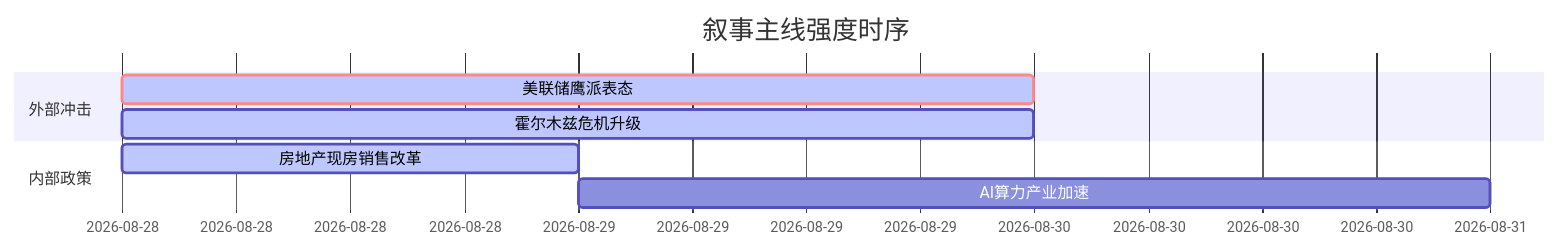
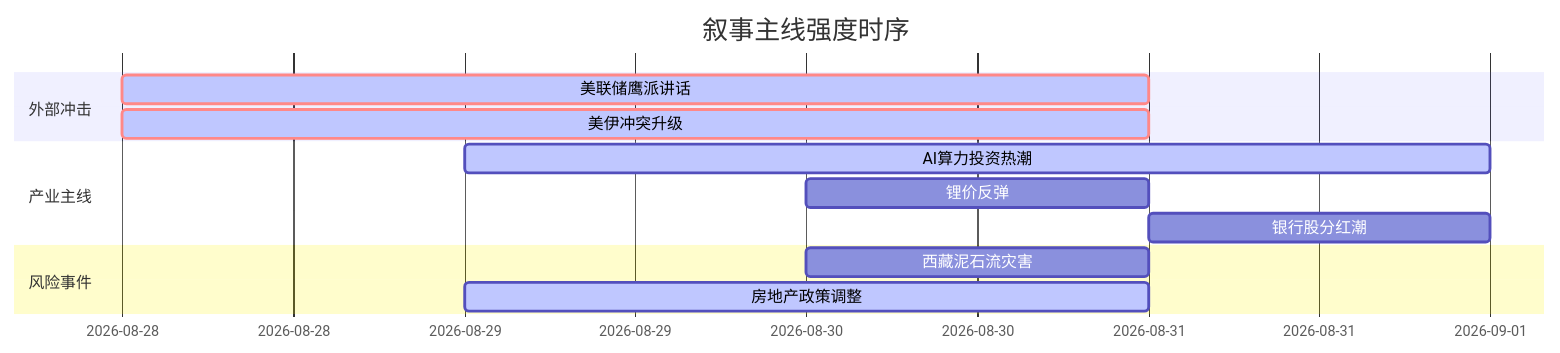
The diagram in 5day_report.md (uu5zn/uu5zn.github.io), drawn with Mermaid before and after one commit. The commit also changed other lines of this file and 24 other files, not shown here.

````diff
--- a/5day_report.md
+++ b/5day_report.md
@@ -58,12 +58,17 @@
 ```mermaid
 gantt
     title 叙事主线强度时序
     dateFormat YYYY-MM-DD
     section 外部冲击
-    美联储鹰派表态   :crit, active, 2026-08-28, 2d
-    霍尔木兹危机升级   :active, 2026-08-28, 2d
+    美联储鹰派讲话   :crit, active, 2026-08-28, 3d
+    美伊冲突升级     :crit, active, 2026-08-28, 3d
     
-    section 内部政策
-    房地产现房销售改革   :active, 2026-08-28, 1d
-    AI算力产业加速   :2026-08-29, 2d
+    section 产业主线
+    AI算力投资热潮   :active, 2026-08-29, 3d
+    锂价反弹        :2026-08-30, 1d
+    银行股分红潮    :2026-08-31, 1d
+    
+    section 风险事件
+    西藏泥石流灾害  :2026-08-30, 1d
+    房地产政策调整  :active, 2026-08-29, 2d
 ```
````
